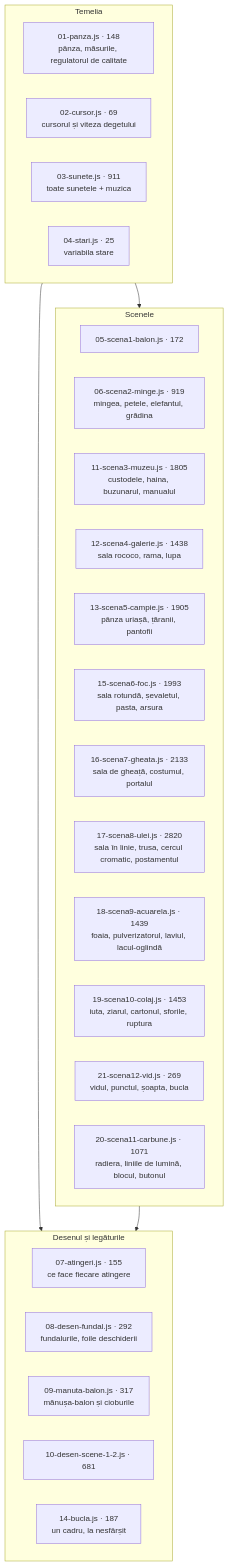
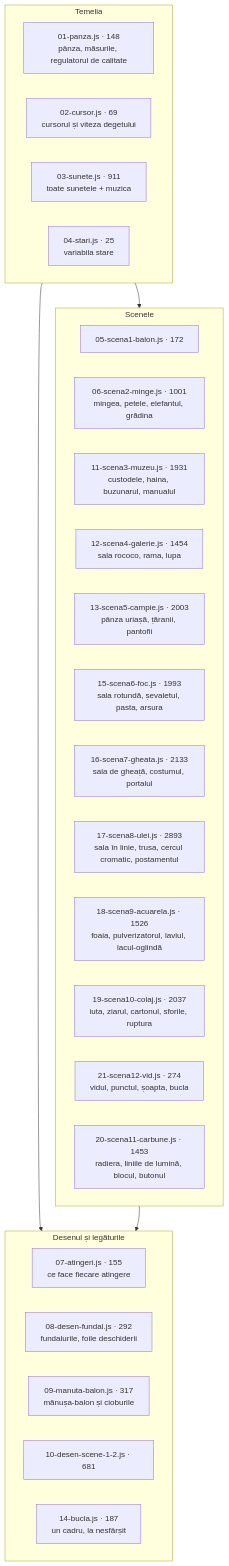
The seventh of 10 diagrams in ARCHITECTURE.md (Whit3G9dNess/Viata-dintr-o-atingere), drawn with Mermaid before and after one commit. The commit also changed other lines of this file and 8 other files, not shown here.

````diff
--- a/ARCHITECTURE.md
+++ b/ARCHITECTURE.md
@@ -483,33 +516,33 @@
 ```mermaid
 flowchart TB
   subgraph T["Temelia"]
     A1["01-panza.js · 148<br/>pânza, măsurile, regulatorul de calitate"]
     A2["02-cursor.js · 69<br/>cursorul și viteza degetului"]
     A3["03-sunete.js · 911<br/>toate sunetele + muzica"]
     A4["04-stari.js · 25<br/>variabila stare"]
   end
   subgraph S["Scenele"]
     B5["05-scena1-balon.js · 172"]
-    B6["06-scena2-minge.js · 919<br/>mingea, petele, elefantul, grădina"]
-    B11["11-scena3-muzeu.js · 1805<br/>custodele, haina, buzunarul, manualul"]
-    B12["12-scena4-galerie.js · 1438<br/>sala rococo, rama, lupa"]
-    B13["13-scena5-campie.js · 1905<br/>pânza uriașă, țăranii, pantofii"]
+    B6["06-scena2-minge.js · 1001<br/>mingea, petele, elefantul, grădina"]
+    B11["11-scena3-muzeu.js · 1931<br/>custodele, haina, buzunarul, manualul"]
+    B12["12-scena4-galerie.js · 1454<br/>sala rococo, rama, lupa"]
+    B13["13-scena5-campie.js · 2003<br/>pânza uriașă, țăranii, pantofii"]
     B15["15-scena6-foc.js · 1993<br/>sala rotundă, șevaletul, pasta, arsura"]
     B16["16-scena7-gheata.js · 2133<br/>sala de gheață, costumul, portalul"]
-    B17["17-scena8-ulei.js · 2820<br/>sala în linie, trusa, cercul cromatic, postamentul"]
-    B18["18-scena9-acuarela.js · 1439<br/>foaia, pulverizatorul, laviul, lacul-oglindă"]
-    B19["19-scena10-colaj.js · 1453<br/>iuta, ziarul, cartonul, sforile, ruptura"]
-    B21["21-scena12-vid.js · 269<br/>vidul, punctul, șoapta, bucla"]
-    B20["20-scena11-carbune.js · 1071<br/>radiera, liniile de lumină, blocul, butonul"]
+    B17["17-scena8-ulei.js · 2893<br/>sala în linie, trusa, cercul cromatic, postamentul"]
+    B18["18-scena9-acuarela.js · 1526<br/>foaia, pulverizatorul, laviul, lacul-oglindă"]
+    B19["19-scena10-colaj.js · 2037<br/>iuta, ziarul, cartonul, sforile, ruptura"]
+    B21["21-scena12-vid.js · 274<br/>vidul, punctul, șoapta, bucla"]
+    B20["20-scena11-carbune.js · 1453<br/>radiera, liniile de lumină, blocul, butonul"]
   end
   subgraph D["Desenul și legăturile"]
     C7["07-atingeri.js · 155<br/>ce face fiecare atingere"]
     C8["08-desen-fundal.js · 292<br/>fundalurile, foile deschiderii"]
     C9["09-manuta-balon.js · 317<br/>mănușa-balon și cioburile"]
     C10["10-desen-scene-1-2.js · 681"]
     C14["14-bucla.js · 187<br/>un cadru, la nesfârșit"]
   end
   T --> S
   T --> D
   S --> D
 ```
````
